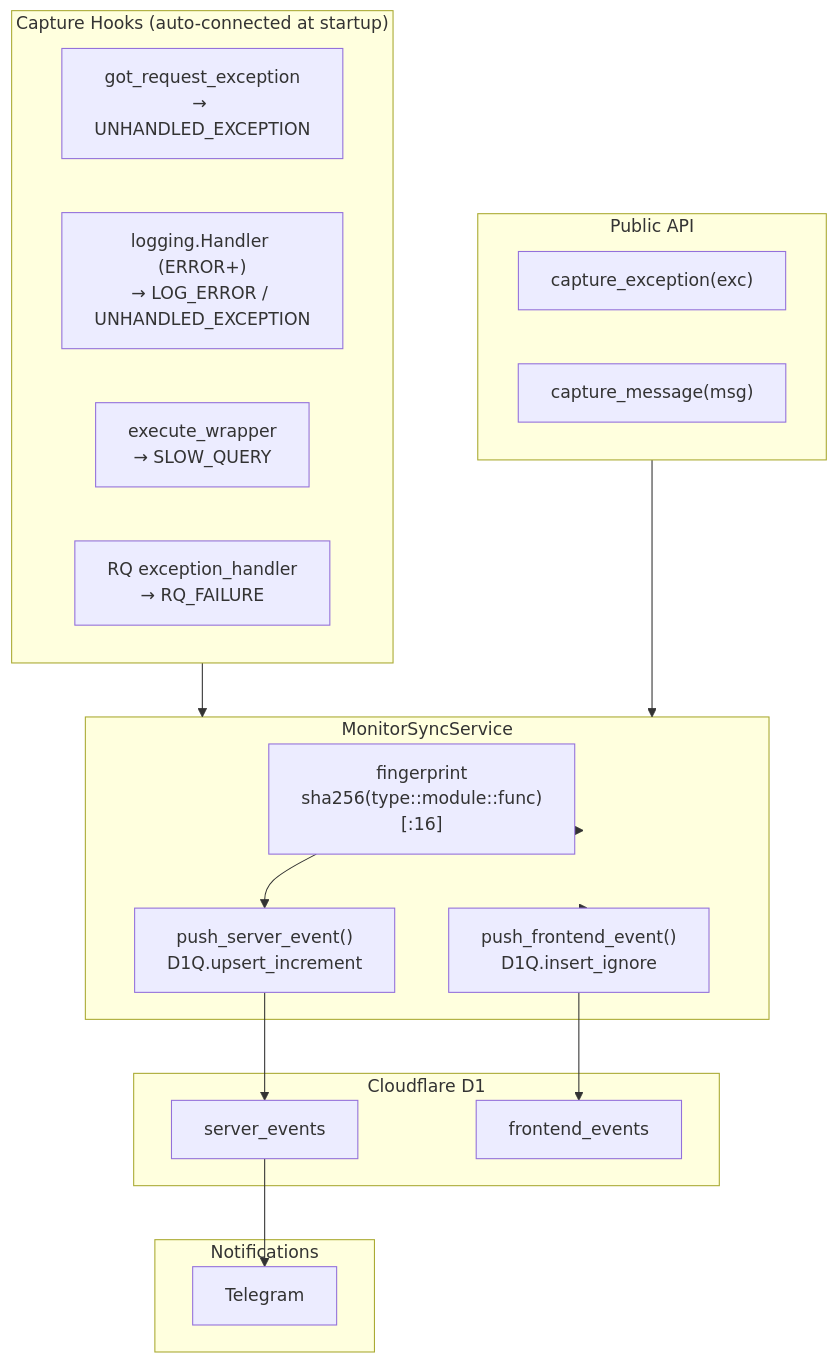
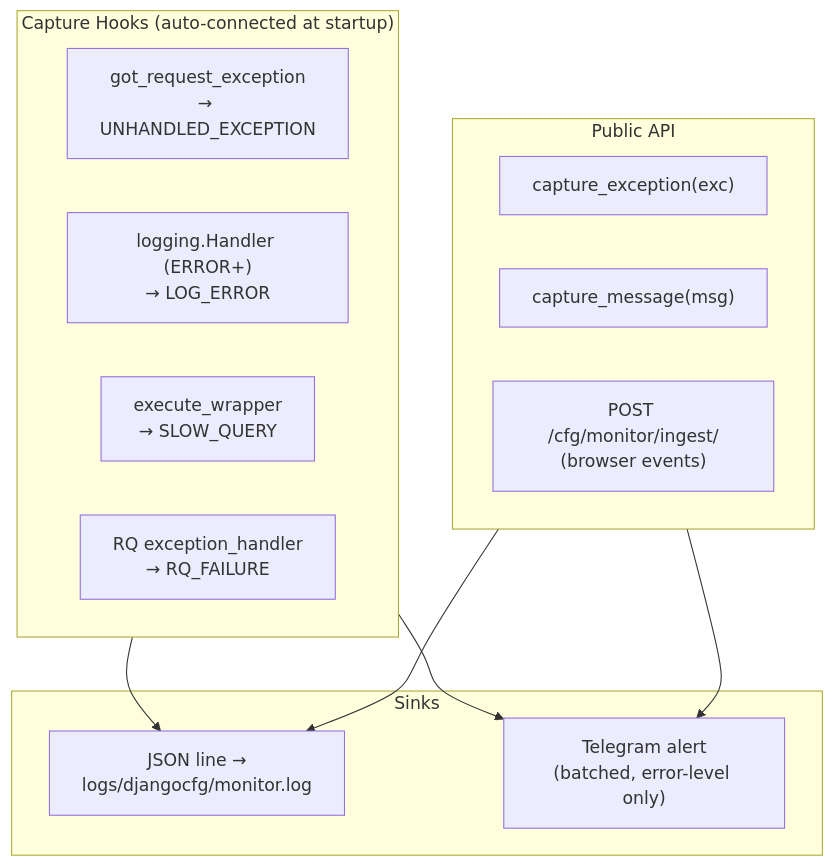
Before and after one commit to markolofsen/django-cfg: the diagram in docs/features/modules/django-monitor/index.mdx, drawn with Mermaid. The commit also changed other lines of this file and 313 other files, not shown here.

````diff
--- a/docs/features/modules/django-monitor/index.mdx
+++ b/docs/features/modules/django-monitor/index.mdx
@@ -18,35 +24,25 @@
 ```mermaid
 flowchart TD
     subgraph Hooks["Capture Hooks (auto-connected at startup)"]
         H1["got_request_exception\n→ UNHANDLED_EXCEPTION"]
-        H2["logging.Handler (ERROR+)\n→ LOG_ERROR / UNHANDLED_EXCEPTION"]
+        H2["logging.Handler (ERROR+)\n→ LOG_ERROR"]
         H3["execute_wrapper\n→ SLOW_QUERY"]
         H4["RQ exception_handler\n→ RQ_FAILURE"]
     end
 
     subgraph API["Public API"]
         A1["capture_exception(exc)"]
         A2["capture_message(msg)"]
+        A3["POST /cfg/monitor/ingest/\n(browser events)"]
     end
 
-    subgraph SVC["MonitorSyncService"]
-        FP["fingerprint\nsha256(type::module::func)[:16]"]
-        SE["push_server_event()\nD1Q.upsert_increment"]
-        FE["push_frontend_event()\nD1Q.insert_ignore"]
+    subgraph SINK["Sinks"]
+        LOG["JSON line →\nlogs/djangocfg/monitor.log"]
+        TG["Telegram alert\n(batched, error-level only)"]
     end
 
-    subgraph CF["Cloudflare D1"]
-        T1["server_events"]
-        T2["frontend_events"]
-    end
-
-    subgraph Alert["Notifications"]
-        TG["Telegram"]
-    end
-
-    Hooks --> SVC
-    API   --> SVC
-    SVC   --> FP --> SE --> T1
-    SVC   --> FE --> T2
-    T1    --> TG
+    Hooks --> LOG
+    API   --> LOG
+    Hooks --> TG
+    API   --> TG
 ```
````
